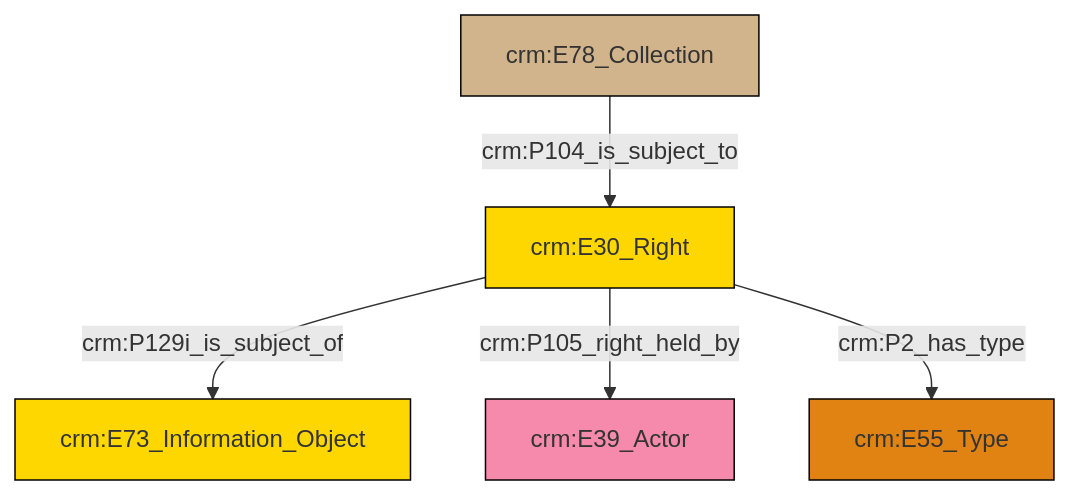
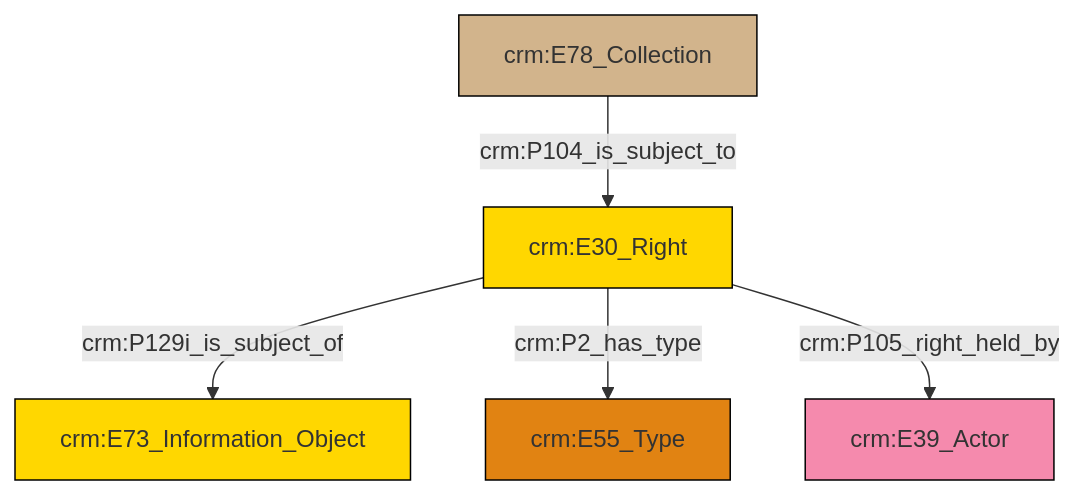
One commit to swiss-art-research-net/docs.swissartresearch changed the diagram in et/archivalCSV/ttl/mmd/archival_rights.ttl.mmd. Above: the diagram before and after it, drawn with Mermaid. The commit also changed 179 other files, not shown here.

```diff
--- a/et/archivalCSV/ttl/mmd/archival_rights.ttl.mmd
+++ b/et/archivalCSV/ttl/mmd/archival_rights.ttl.mmd
@@ -1,19 +1,19 @@
 graph TD
 classDef Literal fill:#f2f2f2,stroke:#000000;
 classDef CRM_Entity fill:#FFFFFF,stroke:#000000;
 classDef Temporal_Entity fill:#00C9E6, stroke:#000000;
 classDef Type fill:#E18312, stroke:#000000;
 classDef Time-Span fill:#2C9C91, stroke:#000000;
 classDef Appellation fill:#FFEB7F, stroke:#000000;
 classDef Place fill:#008836, stroke:#000000;
 classDef Persistent_Item fill:#B266B2, stroke:#000000;
 classDef Conceptual_Object fill:#FFD700, stroke:#000000;
 classDef Physical_Thing fill:#D2B48C, stroke:#000000;
 classDef Actor fill:#f58aad, stroke:#000000;
 classDef PC_Classes fill:#4ce600, stroke:#000000;
 classDef Multi fill:#cccccc,stroke:#000000;
 
 0["crm:E78_Collection"]:::Physical_Thing -->|crm:P104_is_subject_to| 1["crm:E30_Right"]:::Conceptual_Object
-1["crm:E30_Right"]:::Conceptual_Object -->|crm:P129i_is_subject_of| 2["crm:E73_Information_Object"]:::Conceptual_Object
-1["crm:E30_Right"]:::Conceptual_Object -->|crm:P105_right_held_by| 5["crm:E39_Actor"]:::Actor
-1["crm:E30_Right"]:::Conceptual_Object -->|crm:P2_has_type| 7["crm:E55_Type"]:::Type
+1["crm:E30_Right"]:::Conceptual_Object -->|crm:P129i_is_subject_of| 5["crm:E73_Information_Object"]:::Conceptual_Object
+1["crm:E30_Right"]:::Conceptual_Object -->|crm:P2_has_type| 3["crm:E55_Type"]:::Type
+1["crm:E30_Right"]:::Conceptual_Object -->|crm:P105_right_held_by| 7["crm:E39_Actor"]:::Actor
```
